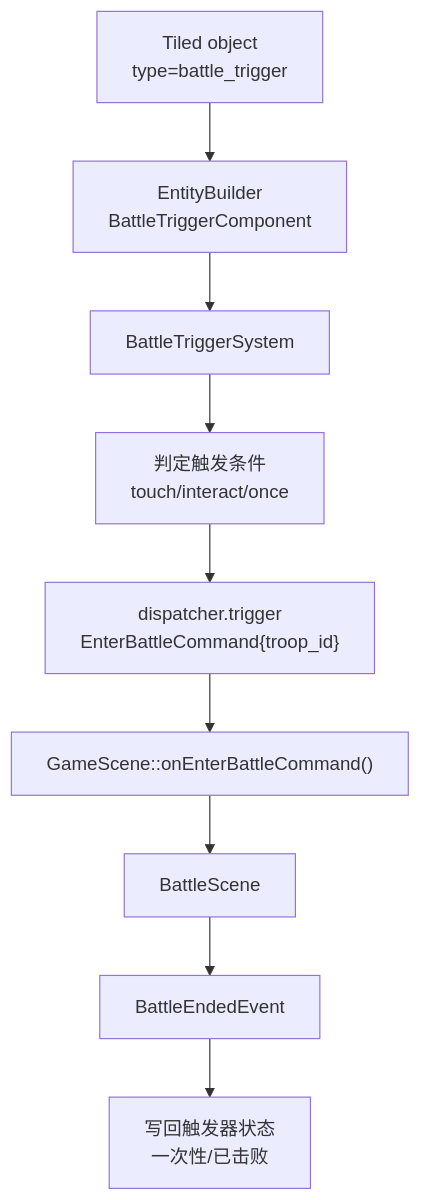
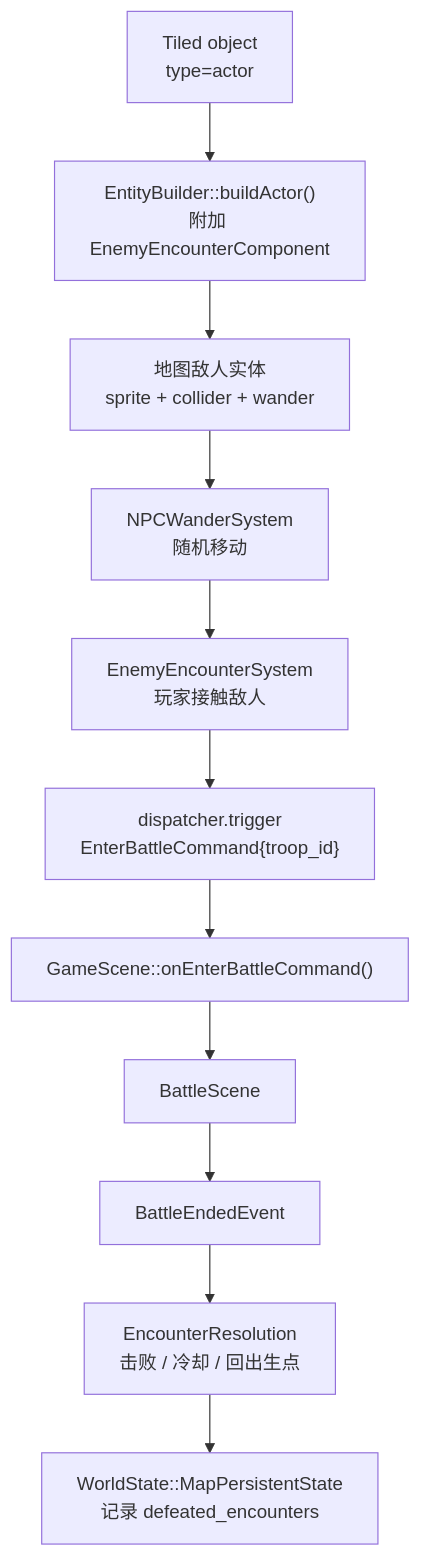
Before and after one commit to WispSnow/TinyFarmRPG: the diagram in plans/地图战斗触发功能计划.md, drawn with Mermaid. The commit also changed other lines of this file and 1 other file, not shown here.

Commit message:
更新地图战斗触发功能计划文档，修改文件路径并调整内容以反映敌人接触战斗的实现细节

````diff
--- a/plans/地图战斗触发功能计划.md
+++ b/plans/地图战斗触发功能计划.md
@@ -66,11 +95,13 @@
 ```mermaid
 flowchart TD
-    Tiled["Tiled object<br/>type=battle_trigger"] --> Loader["EntityBuilder<br/>BattleTriggerComponent"]
-    Loader --> Runtime["BattleTriggerSystem"]
-    Runtime --> Check["判定触发条件<br/>touch/interact/once"]
-    Check --> Cmd["dispatcher.trigger<br/>EnterBattleCommand{troop_id}"]
+    Tiled["Tiled object<br/>type=actor"] --> Loader["EntityBuilder::buildActor()<br/>附加 EnemyEncounterComponent"]
+    Loader --> Enemy["地图敌人实体<br/>sprite + collider + wander"]
+    Enemy --> Wander["NPCWanderSystem<br/>随机移动"]
+    Wander --> Touch["EnemyEncounterSystem<br/>玩家接触敌人"]
+    Touch --> Cmd["dispatcher.trigger<br/>EnterBattleCommand{troop_id}"]
     Cmd --> GS["GameScene::onEnterBattleCommand()"]
     GS --> BS["BattleScene"]
     BS --> End["BattleEndedEvent"]
-    End --> Save["写回触发器状态<br/>一次性/已击败"]
+    End --> Resolve["EncounterResolution<br/>击败 / 冷却 / 回出生点"]
+    Resolve --> Save["WorldState::MapPersistentState<br/>记录 defeated_encounters"]
 ```
````
